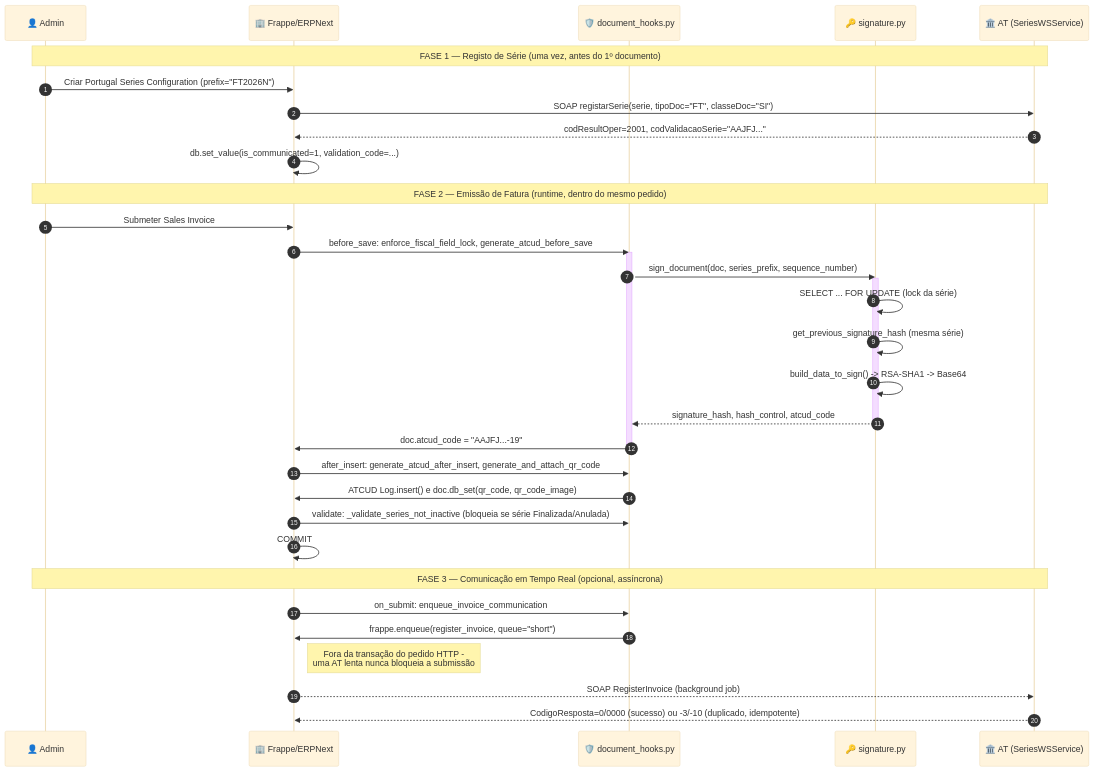
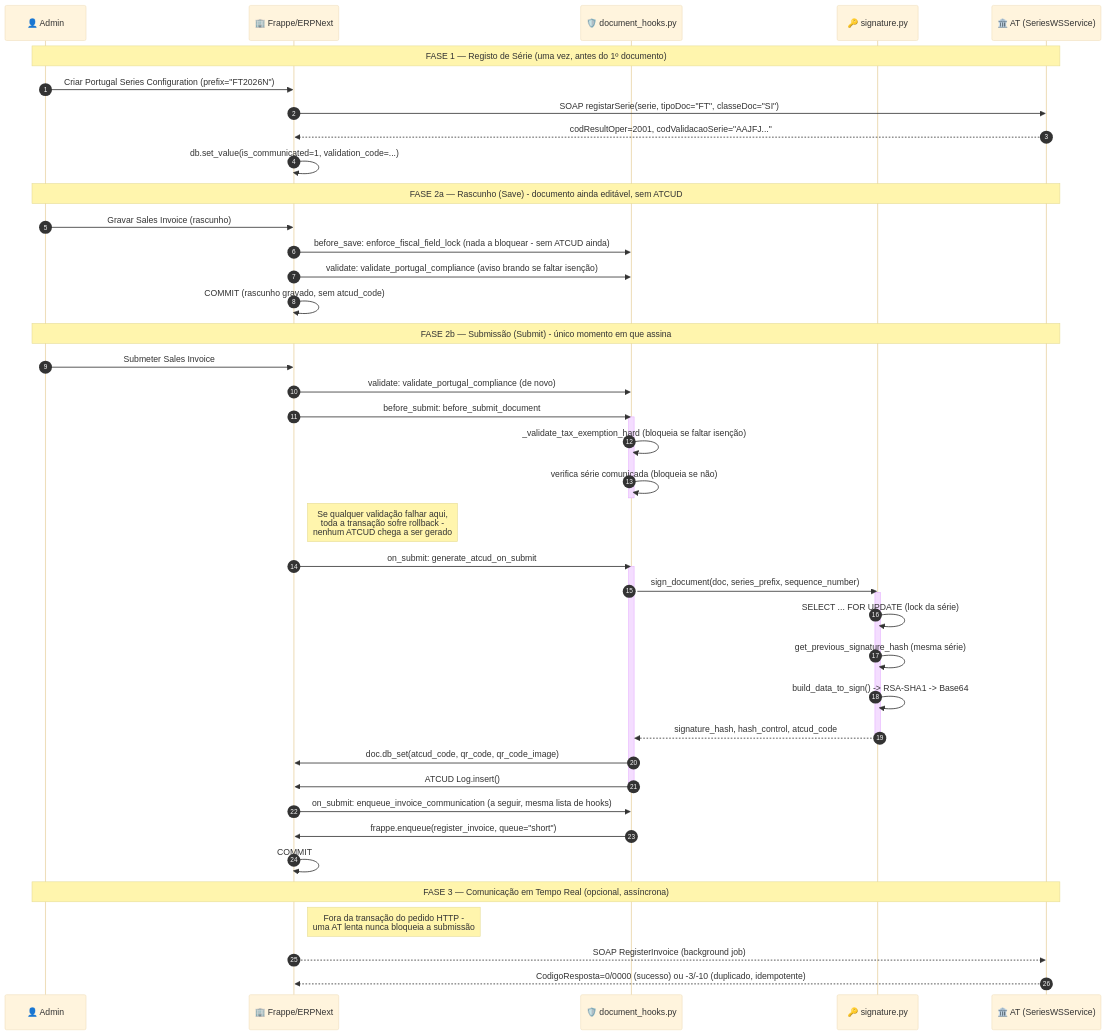
The second of 5 diagrams in documentation/manual_arquitetura_comunicacao_at.md (sun2dayo/portugal-compliance), drawn with Mermaid (base theme) before and after one commit. The commit also changed other lines of this file and 5 other files, not shown here.

````diff
--- a/documentation/manual_arquitetura_comunicacao_at.md
+++ b/documentation/manual_arquitetura_comunicacao_at.md
@@ -69,40 +69,51 @@
 ```mermaid
 sequenceDiagram
     autonumber
     participant Admin as 👤 Admin
     participant Frappe as 🏢 Frappe/ERPNext
     participant Hooks as 🛡️ document_hooks.py
     participant Sig as 🔑 signature.py
     participant AT as 🏛️ AT (SeriesWSService)
 
     note over Admin, AT: FASE 1 — Registo de Série (uma vez, antes do 1º documento)
     Admin->>Frappe: Criar Portugal Series Configuration (prefix="FT2026N")
     Frappe->>AT: SOAP registarSerie(serie, tipoDoc="FT", classeDoc="SI")
     AT-->>Frappe: codResultOper=2001, codValidacaoSerie="AAJFJ..."
     Frappe->>Frappe: db.set_value(is_communicated=1, validation_code=...)
 
-    note over Admin, AT: FASE 2 — Emissão de Fatura (runtime, dentro do mesmo pedido)
+    note over Admin, AT: FASE 2a — Rascunho (Save) - documento ainda editável, sem ATCUD
+    Admin->>Frappe: Gravar Sales Invoice (rascunho)
+    Frappe->>Hooks: before_save: enforce_fiscal_field_lock (nada a bloquear - sem ATCUD ainda)
+    Frappe->>Hooks: validate: validate_portugal_compliance (aviso brando se faltar isenção)
+    Frappe->>Frappe: COMMIT (rascunho gravado, sem atcud_code)
+
+    note over Admin, AT: FASE 2b — Submissão (Submit) - único momento em que assina
     Admin->>Frappe: Submeter Sales Invoice
-    Frappe->>Hooks: before_save: enforce_fiscal_field_lock, generate_atcud_before_save
+    Frappe->>Hooks: validate: validate_portugal_compliance (de novo)
+    Frappe->>Hooks: before_submit: before_submit_document
+    activate Hooks
+    Hooks->>Hooks: _validate_tax_exemption_hard (bloqueia se faltar isenção)
+    Hooks->>Hooks: verifica série comunicada (bloqueia se não)
+    deactivate Hooks
+    note right of Frappe: Se qualquer validação falhar aqui,<br/>toda a transação sofre rollback -<br/>nenhum ATCUD chega a ser gerado
+    Frappe->>Hooks: on_submit: generate_atcud_on_submit
     activate Hooks
     Hooks->>Sig: sign_document(doc, series_prefix, sequence_number)
     activate Sig
     Sig->>Sig: SELECT ... FOR UPDATE (lock da série)
     Sig->>Sig: get_previous_signature_hash (mesma série)
     Sig->>Sig: build_data_to_sign() -> RSA-SHA1 -> Base64
     Sig-->>Hooks: signature_hash, hash_control, atcud_code
     deactivate Sig
-    Hooks->>Frappe: doc.atcud_code = "AAJFJ...-19"
+    Hooks->>Frappe: doc.db_set(atcud_code, qr_code, qr_code_image)
+    Hooks->>Frappe: ATCUD Log.insert()
     deactivate Hooks
-    Frappe->>Hooks: after_insert: generate_atcud_after_insert, generate_and_attach_qr_code
-    Hooks->>Frappe: ATCUD Log.insert() e doc.db_set(qr_code, qr_code_image)
-    Frappe->>Hooks: validate: _validate_series_not_inactive (bloqueia se série Finalizada/Anulada)
+    Frappe->>Hooks: on_submit: enqueue_invoice_communication (a seguir, mesma lista de hooks)
+    Hooks->>Frappe: frappe.enqueue(register_invoice, queue="short")
     Frappe->>Frappe: COMMIT
 
     note over Admin, AT: FASE 3 — Comunicação em Tempo Real (opcional, assíncrona)
-    Frappe->>Hooks: on_submit: enqueue_invoice_communication
-    Hooks->>Frappe: frappe.enqueue(register_invoice, queue="short")
     note right of Frappe: Fora da transação do pedido HTTP -<br/>uma AT lenta nunca bloqueia a submissão
     Frappe-->>AT: SOAP RegisterInvoice (background job)
     AT-->>Frappe: CodigoResposta=0/0000 (sucesso) ou -3/-10 (duplicado, idempotente)
 ```
````
